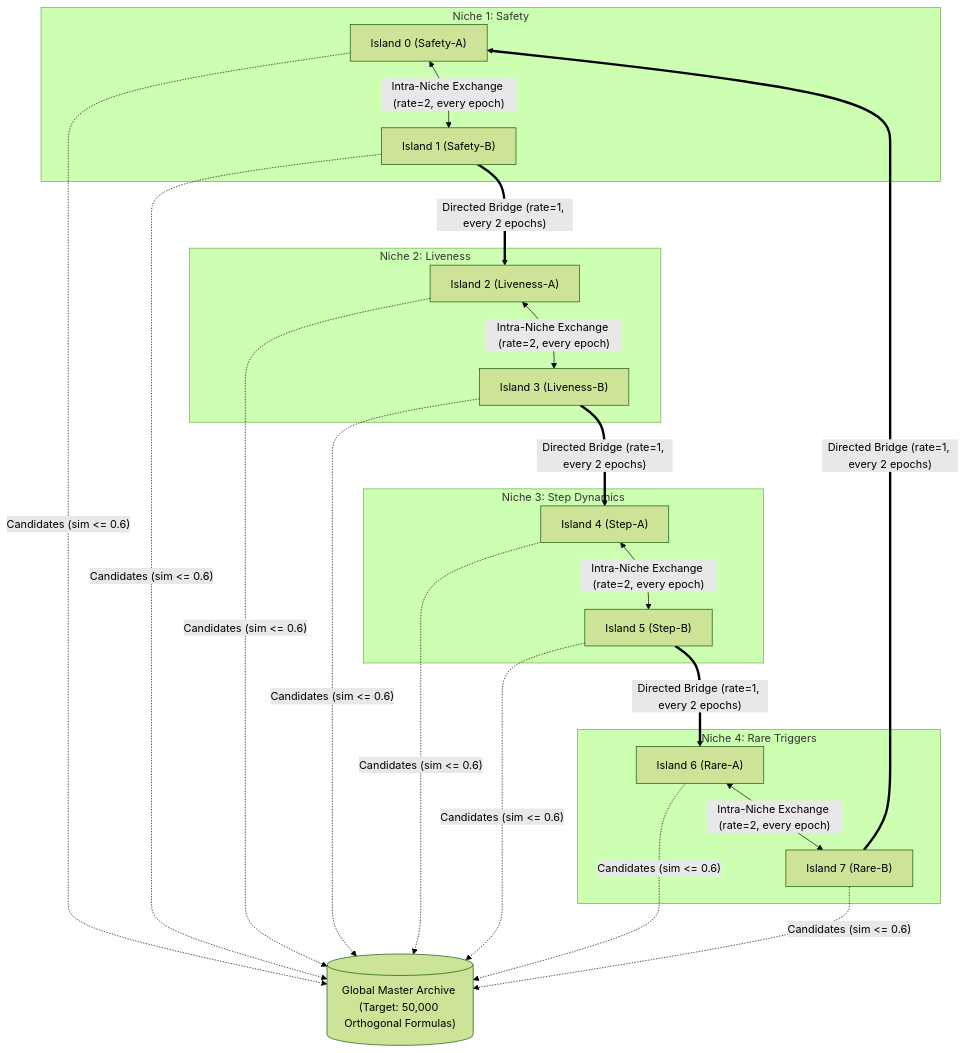
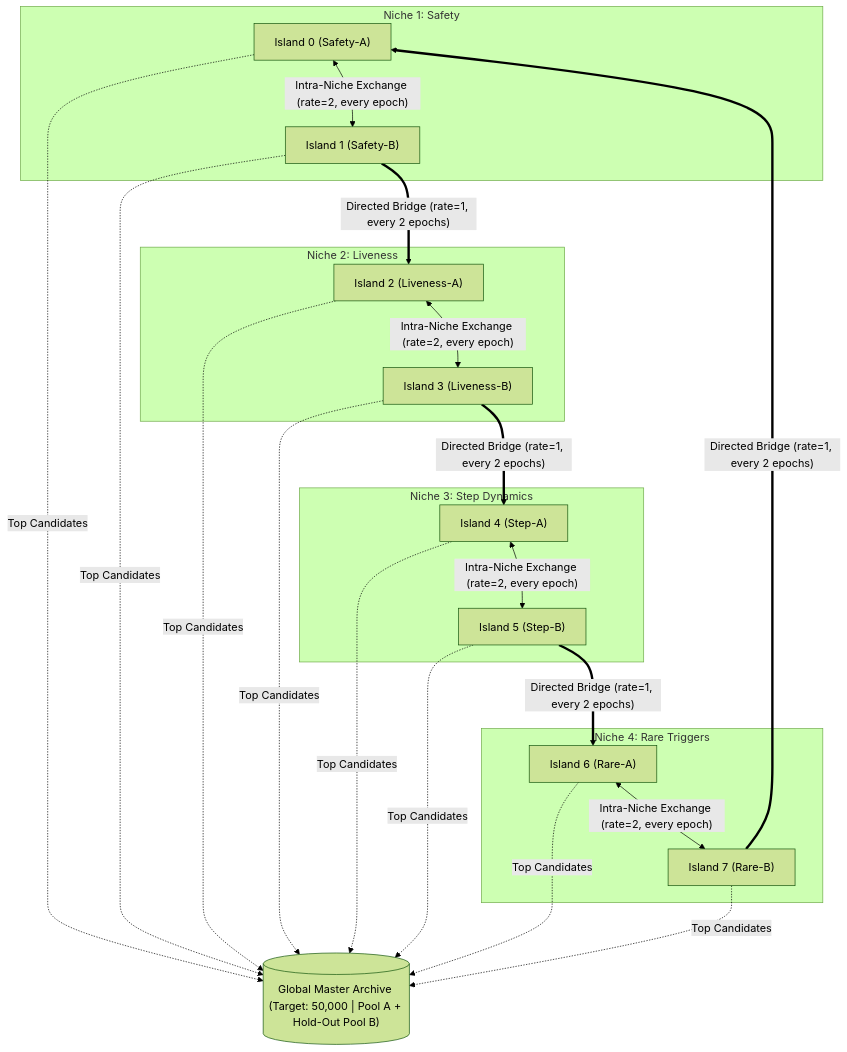
The diagram in src/gp/report.md (NiGiga/ltlfbert_tesi), drawn with Mermaid (forest theme) before and after one commit. The commit also changed other lines of this file and 1 other file, not shown here.

Commit message:
aggiunto il controllo su 2048 tracce nel master in harvesting

````diff
--- a/src/gp/report.md
+++ b/src/gp/report.md
@@ -273,35 +283,35 @@
 ```mermaid
 flowchart TD
     subgraph N1 ["Niche 1: Safety"]
         I0["Island 0 (Safety-A)"] <-->|"Intra-Niche Exchange (rate=2, every epoch)"| I1["Island 1 (Safety-B)"]
     end
 
     subgraph N2 ["Niche 2: Liveness"]
         I2["Island 2 (Liveness-A)"] <-->|"Intra-Niche Exchange (rate=2, every epoch)"| I3["Island 3 (Liveness-B)"]
     end
 
     subgraph N3 ["Niche 3: Step Dynamics"]
         I4["Island 4 (Step-A)"] <-->|"Intra-Niche Exchange (rate=2, every epoch)"| I5["Island 5 (Step-B)"]
     end
 
     subgraph N4 ["Niche 4: Rare Triggers"]
         I6["Island 6 (Rare-A)"] <-->|"Intra-Niche Exchange (rate=2, every epoch)"| I7["Island 7 (Rare-B)"]
     end
 
     %% Asymmetric Inter-Niche Ring Bridges
     I1 ==>|"Directed Bridge (rate=1, every 2 epochs)"| I2
     I3 ==>|"Directed Bridge (rate=1, every 2 epochs)"| I4
     I5 ==>|"Directed Bridge (rate=1, every 2 epochs)"| I6
     I7 ==>|"Directed Bridge (rate=1, every 2 epochs)"| I0
 
-    %% Global Master Archive
-    ARCH[("Global Master Archive (Target: 50,000 Orthogonal Formulas)")]
-    I0 -.->|"Candidates (sim <= 0.6)"| ARCH
-    I1 -.->|"Candidates (sim <= 0.6)"| ARCH
-    I2 -.->|"Candidates (sim <= 0.6)"| ARCH
-    I3 -.->|"Candidates (sim <= 0.6)"| ARCH
-    I4 -.->|"Candidates (sim <= 0.6)"| ARCH
-    I5 -.->|"Candidates (sim <= 0.6)"| ARCH
-    I6 -.->|"Candidates (sim <= 0.6)"| ARCH
-    I7 -.->|"Candidates (sim <= 0.6)"| ARCH
+    %% Global Master Archive with Dual-Pool Gate
+    ARCH[("Global Master Archive (Target: 50,000 | Pool A + Hold-Out Pool B)")]
+    I0 -.->|"Top Candidates"| ARCH
+    I1 -.->|"Top Candidates"| ARCH
+    I2 -.->|"Top Candidates"| ARCH
+    I3 -.->|"Top Candidates"| ARCH
+    I4 -.->|"Top Candidates"| ARCH
+    I5 -.->|"Top Candidates"| ARCH
+    I6 -.->|"Top Candidates"| ARCH
+    I7 -.->|"Top Candidates"| ARCH
 ```
````
